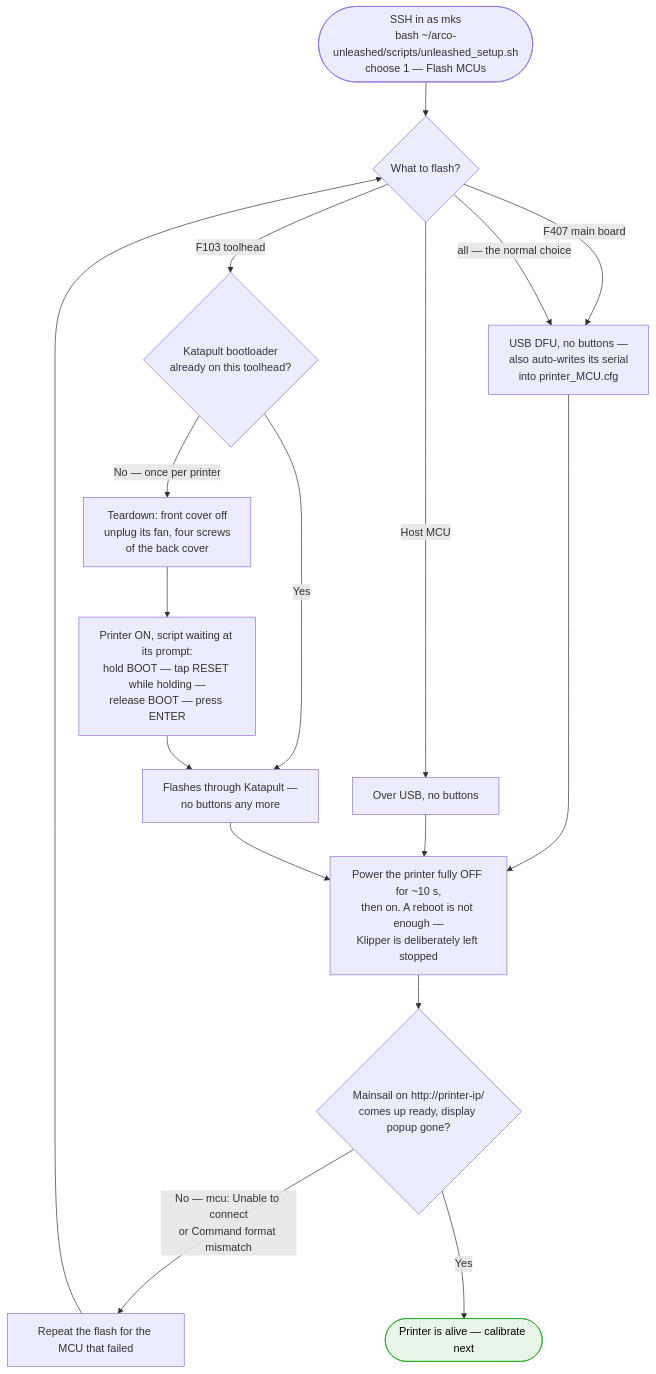
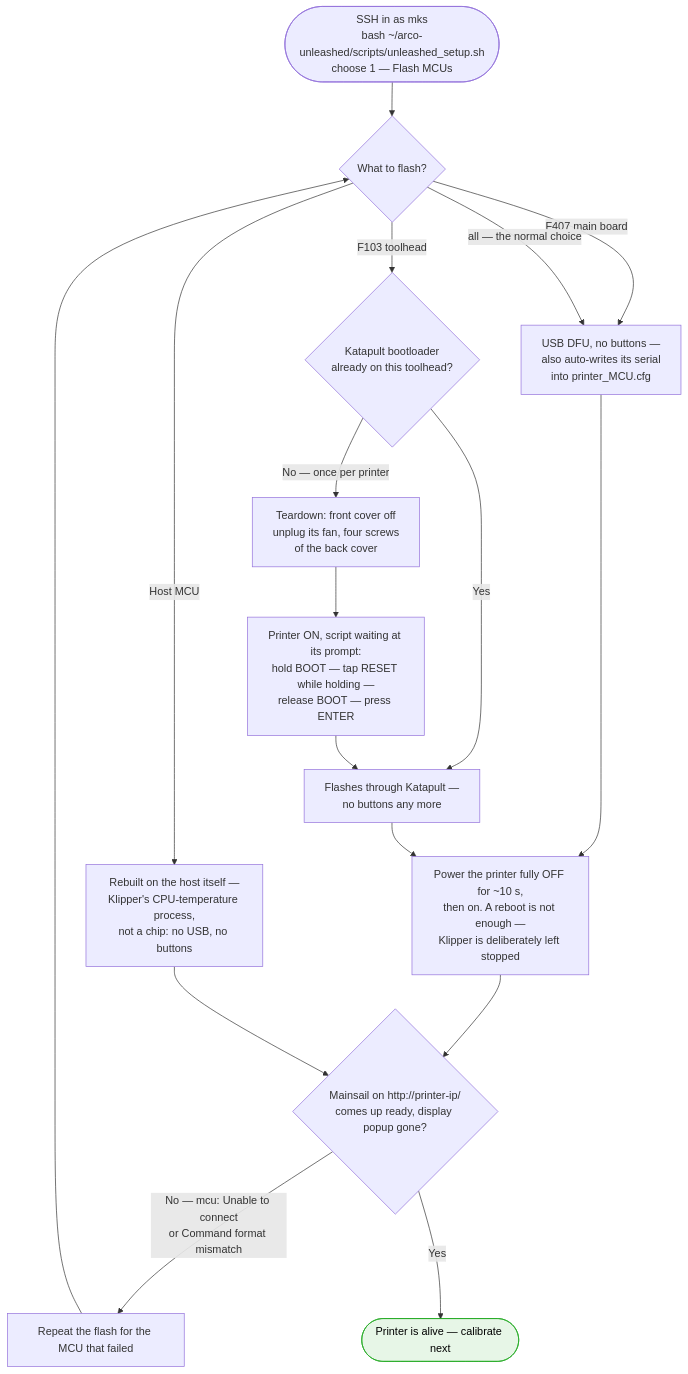
Before and after one commit to solutionphil/arco-unleashed: the ninth of 16 diagrams in INSTALL-FLOWCHARTS.md, drawn with Mermaid. The commit also changed 2 other files, not shown here.

Commit message:
docs: correct four facts in the quick start and the MCU flowchart
QUICKSTART claimed "about 90 minutes". It is about 30, or an hour if you
also take the optional Step 2 backup.

QUICKSTART listed only a 2.5 mm hex key. MANUAL.md line 101 has always
said two of them, 2.5 mm and 2.0 mm; the second was lost when the MANUAL
was summarised into the short path. That is the expensive one -- someone
gets the covers off and finds they are missing a key.

Both QUICKSTART and INSTALL-FLOWCHARTS described the Linux host MCU as
something flashed "over USB". flash_mcus.sh sets NEED_POWERCYCLE only in
the F407 and F103 paths: the host MCU is Klipper's own CPU-temperature
process, not a chip, and nothing about it touches USB. The flowchart
additionally routed it through the power-cycle node it does not need, so
HOST now joins at the verification step instead.

QUICKSTART.html regenerated with image-toolbox/build-docs-html.sh rather
than edited by hand. check-docs.py and check-docs-drift.py both pass.

````diff
--- a/INSTALL-FLOWCHARTS.md
+++ b/INSTALL-FLOWCHARTS.md
@@ -314,24 +314,24 @@
 ```mermaid
 flowchart TD
     M0(["SSH in as mks<br/>bash ~/arco-unleashed/scripts/unleashed_setup.sh<br/>choose 1 — Flash MCUs"])
     M0 --> SEL{"What to flash?"}
     SEL -->|"F407 main board"| F407["USB DFU, no buttons —<br/>also auto-writes its serial<br/>into printer_MCU.cfg"]
-    SEL -->|"Host MCU"| HOST["Over USB, no buttons"]
+    SEL -->|"Host MCU"| HOST["Rebuilt on the host itself —<br/>Klipper's CPU-temperature process,<br/>not a chip: no USB, no buttons"]
     SEL -->|"F103 toolhead"| K{"Katapult bootloader<br/>already on this toolhead?"}
     SEL -->|"all — the normal choice"| F407
 
     K -->|"Yes"| FL["Flashes through Katapult —<br/>no buttons any more"]
     K -->|"No — once per printer"| TD["Teardown: front cover off<br/>unplug its fan, four screws<br/>of the back cover"]
     TD --> BTN["Printer ON, script waiting at its prompt:<br/>hold BOOT — tap RESET while holding —<br/>release BOOT — press ENTER"]
     BTN --> FL
 
     F407 --> PC
-    HOST --> PC
     FL --> PC["Power the printer fully OFF for ~10 s,<br/>then on. A reboot is not enough —<br/>Klipper is deliberately left stopped"]
     PC --> CHK{"Mainsail on http://printer-ip/<br/>comes up ready, display popup gone?"}
+    HOST --> CHK
     CHK -->|"No — mcu: Unable to connect<br/>or Command format mismatch"| RETRY["Repeat the flash for the MCU that failed"] --> SEL
     CHK -->|"Yes"| OK(["Printer is alive — calibrate next"])
 
     classDef okay fill:#e7f6e7,stroke:#22aa22,color:#000
     class OK okay
 ```
````
